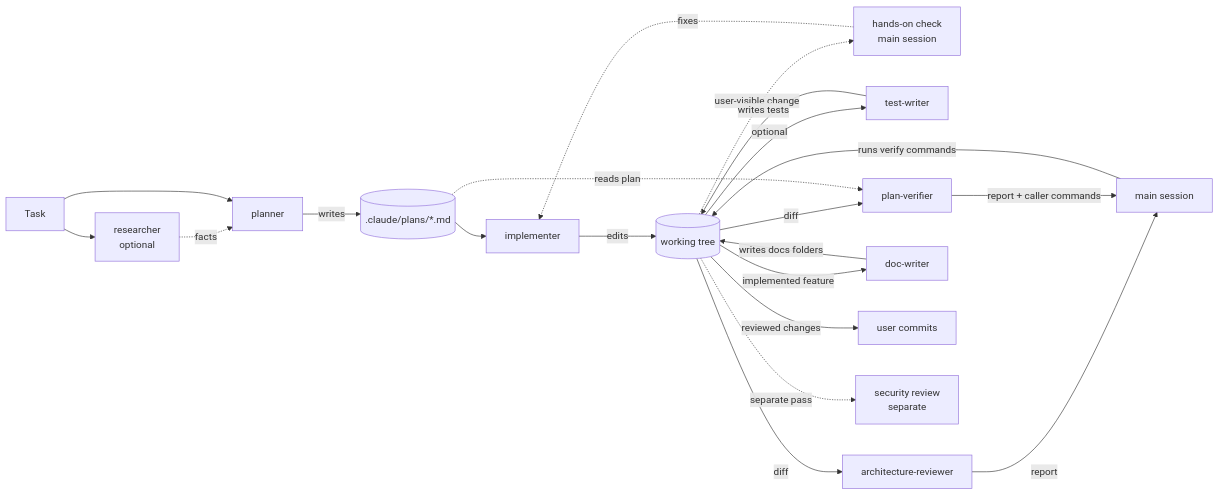
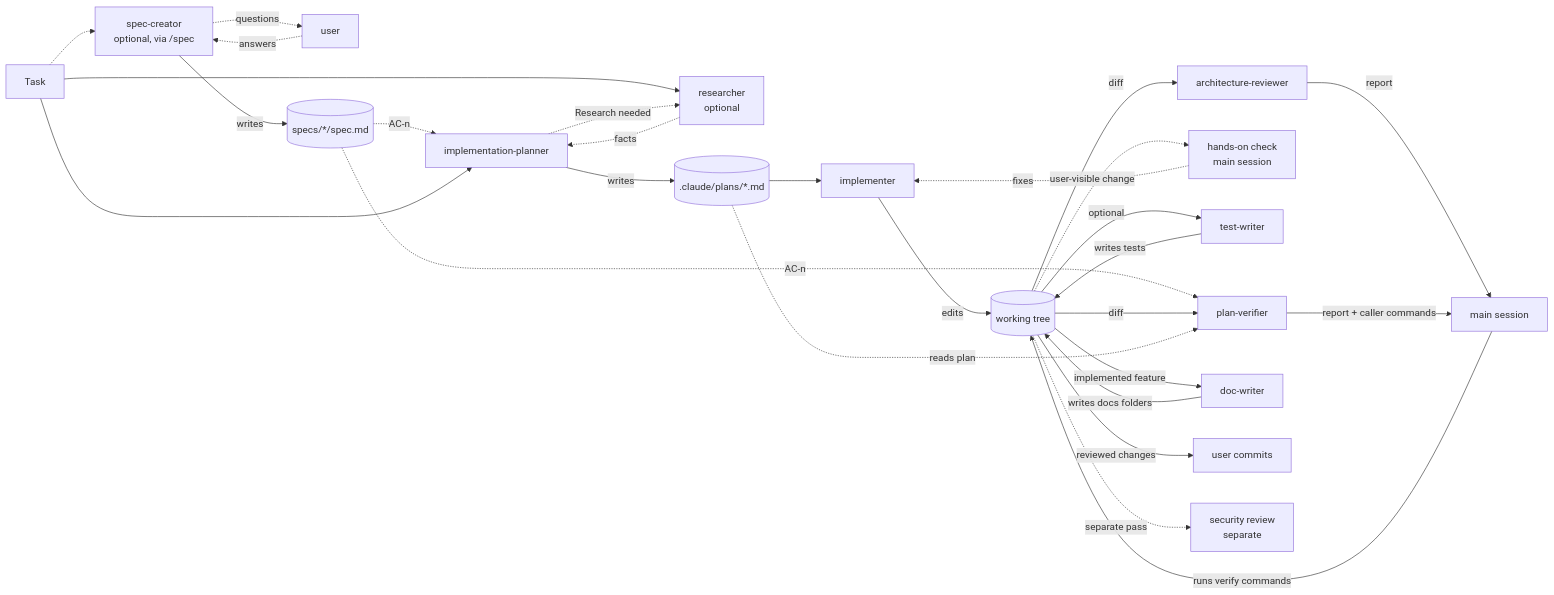
Before and after one commit to BalakaMd/dev-digest: the diagram in .claude/agents/README.md, drawn with Mermaid. The commit also changed other lines of this file and 10 other files, not shown here.

Commit message:
feat: add spec-creator agent and spec skill, and transition to implementation-planner

````diff
--- a/.claude/agents/README.md
+++ b/.claude/agents/README.md
@@ -17,23 +17,30 @@
 ```mermaid
 flowchart LR
-  T[Task] --> R[researcher<br/>optional]
+  T[Task] -.-> SC[spec-creator<br/>optional, via /spec]
+  SC -.->|questions| U0[user]
+  U0 -.->|answers| SC
+  SC -->|writes| SP[(specs/*/spec.md)]
+  SP -.->|AC-n| P
+  SP -.->|AC-n| PV
+  T --> R[researcher<br/>optional]
   R -. facts .-> P
-  T --> P[planner]
+  P -. Research needed .-> R
+  T --> P[implementation-planner]
   P -->|writes| F[(.claude/plans/*.md)]
   F --> I[implementer]
   I -->|edits| W[(working tree)]
   W -.->|user-visible change| HC[hands-on check<br/>main session]
   HC -.->|fixes| I
   W -->|optional| TW[test-writer]
   TW -->|writes tests| W
   W -->|diff| AR[architecture-reviewer]
   W -->|diff| PV[plan-verifier]
   F -.->|reads plan| PV
   AR -->|report| M[main session]
   PV -->|report + caller commands| M
   M -->|runs verify commands| W
   W -->|implemented feature| DW[doc-writer]
   DW -->|writes docs folders| W
   W -->|reviewed changes| U[user commits]
   W -.->|separate pass| SEC[security review<br/>separate]
 ```
````
